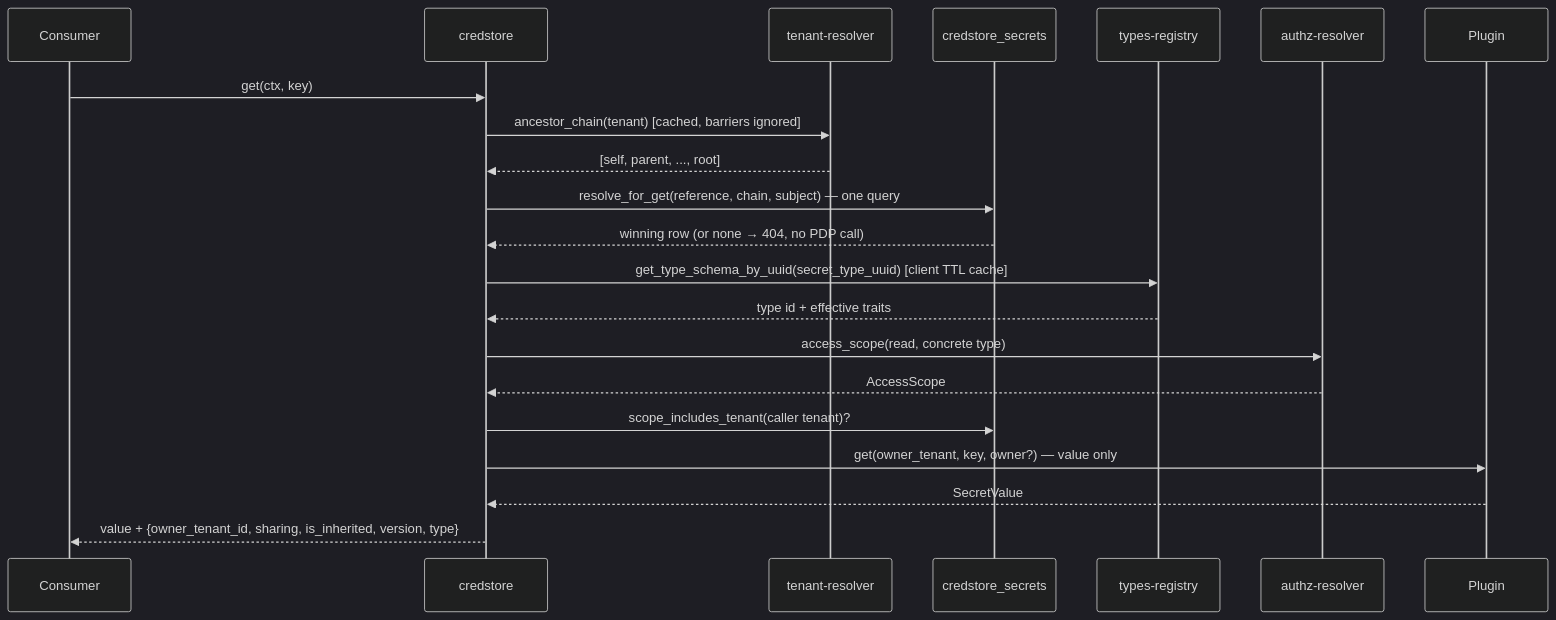
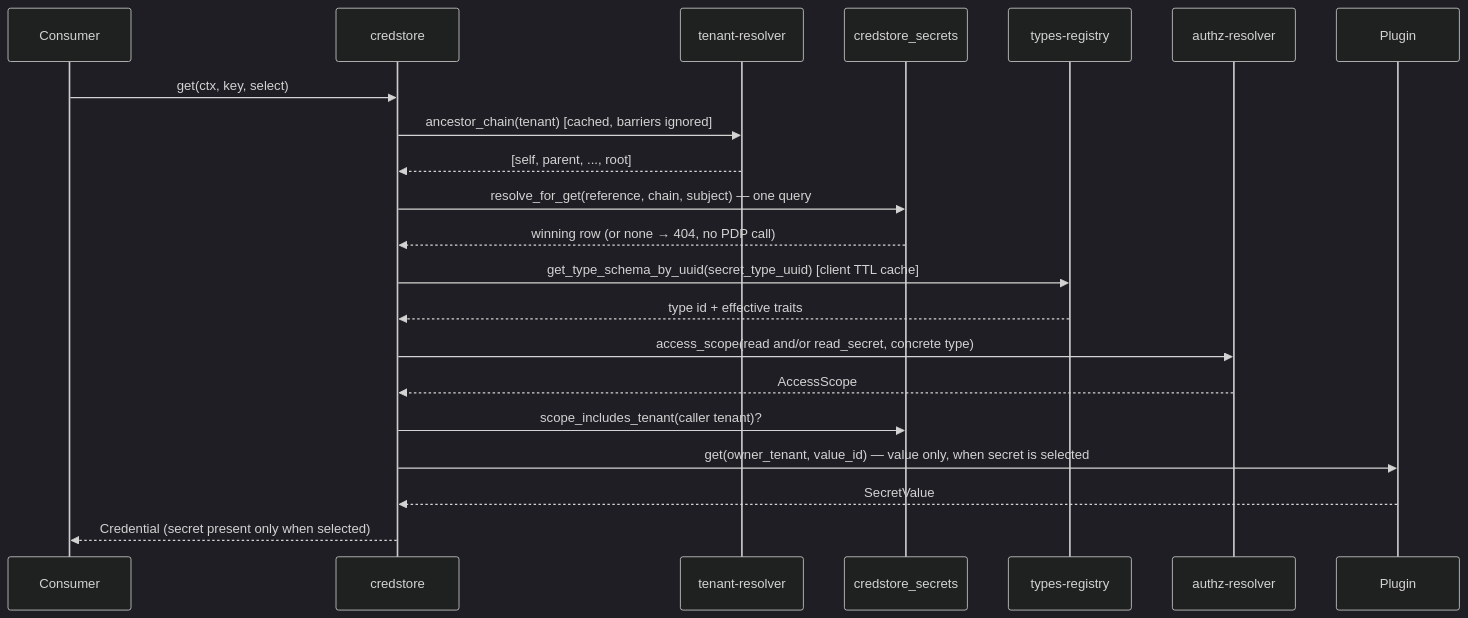
Before and after one commit to constructorfabric/gears-rust: the second of 5 diagrams in gears/credstore/docs/DESIGN.md, drawn with Mermaid (dark theme). The commit also changed other lines of this file and 4 other files, not shown here.

````diff
--- a/gears/credstore/docs/DESIGN.md
+++ b/gears/credstore/docs/DESIGN.md
@@ -641,24 +584,24 @@
 ```mermaid
 sequenceDiagram
     participant C as Consumer
     participant GW as credstore
     participant TR as tenant-resolver
     participant DB as credstore_secrets
     participant GTS as types-registry
     participant PDP as authz-resolver
     participant P as Plugin
 
-    C->>GW: get(ctx, key)
+    C->>GW: get(ctx, key, select)
     GW->>TR: ancestor_chain(tenant) [cached, barriers ignored]
     TR-->>GW: [self, parent, ..., root]
     GW->>DB: resolve_for_get(reference, chain, subject) — one query
     DB-->>GW: winning row (or none → 404, no PDP call)
     GW->>GTS: get_type_schema_by_uuid(secret_type_uuid) [client TTL cache]
     GTS-->>GW: type id + effective traits
-    GW->>PDP: access_scope(read, concrete type)
+    GW->>PDP: access_scope(read and/or read_secret, concrete type)
     PDP-->>GW: AccessScope
     GW->>DB: scope_includes_tenant(caller tenant)?
-    GW->>P: get(owner_tenant, key, owner?) — value only
+    GW->>P: get(owner_tenant, value_id) — value only, when secret is selected
     P-->>GW: SecretValue
-    GW-->>C: value + {owner_tenant_id, sharing, is_inherited, version, type}
+    GW-->>C: Credential (secret present only when selected)
 ```
````
